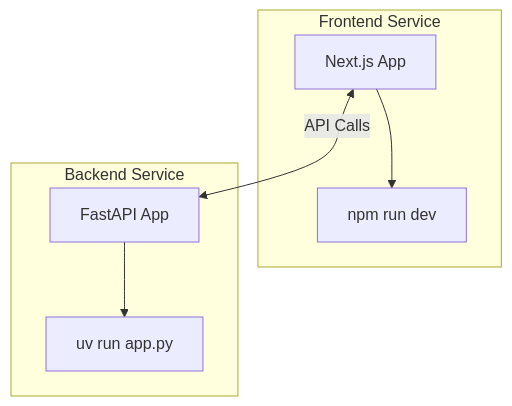
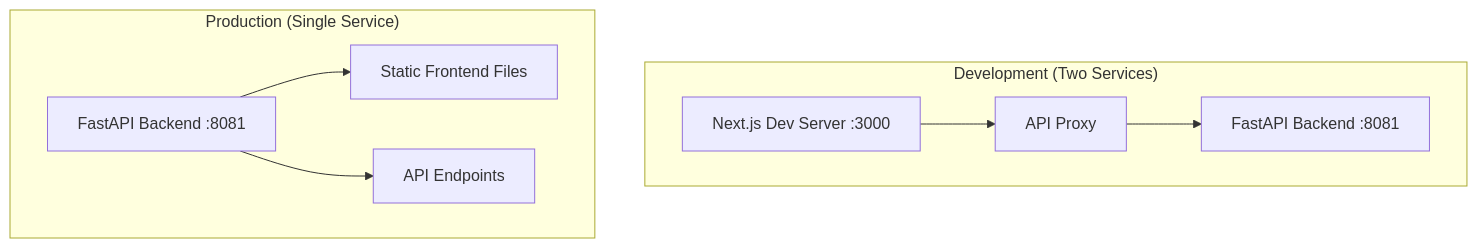
The first of 3 diagrams in README.md (justmeloic/flowgen), drawn with Mermaid before and after one commit. The commit also changed other lines of this file and 6 other files, not shown here.

````diff
--- a/README.md
+++ b/README.md
@@ -91,12 +121,12 @@
 ```mermaid
 graph TD
-  subgraph Frontend Service
-    A1[Next.js App] --> A2[npm run dev]
+  subgraph "Development (Two Services)"
+    A1[Next.js Dev Server :3000] --> A2[API Proxy]
+    A2 --> A3[FastAPI Backend :8081]
   end
 
-  subgraph Backend Service
-    B1[FastAPI App] --> B2[uv run app.py]
+  subgraph "Production (Single Service)"
+    B1[FastAPI Backend :8081] --> B2[Static Frontend Files]
+    B1 --> B3[API Endpoints]
   end
-
-  A1 <-->|"API Calls"| B1
 ```
````
